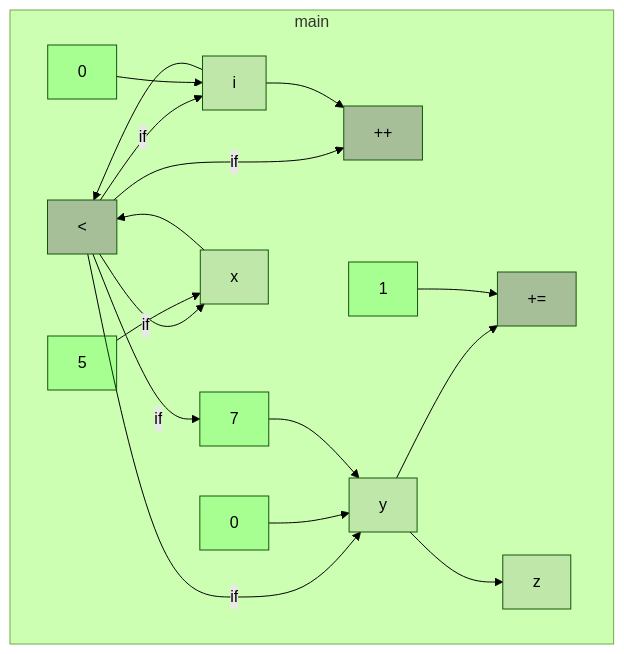
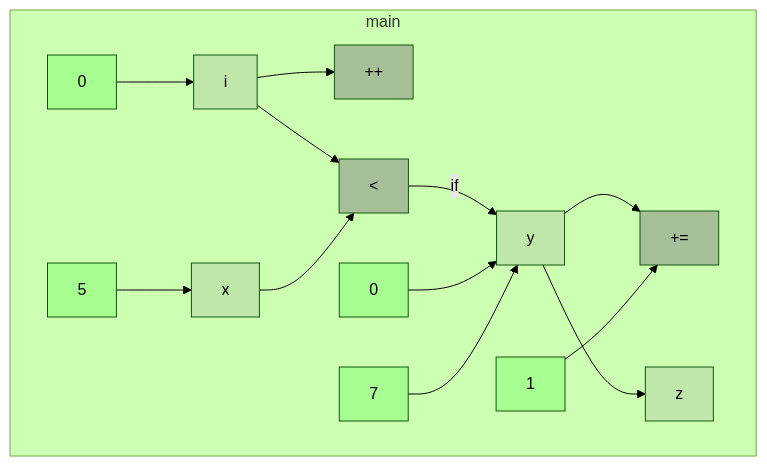
Before and after one commit to gstiebler/codeflow: the diagram in app/src/test/resources/forLoop/spike-truth.md, drawn with Mermaid (forest theme). The commit also changed 21 other files, not shown here.

````diff
--- a/app/src/test/resources/forLoop/spike-truth.md
+++ b/app/src/test/resources/forLoop/spike-truth.md
@@ -3,39 +3,35 @@
 ```mermaid
 flowchart TD
   subgraph m0["main"]
     n0["++"]:::BIN_OP
     n1["+="]:::BIN_OP
     n2["#lt;"]:::BIN_OP
     n3["0"]:::LITERAL
     n4["0"]:::LITERAL
     n5["1"]:::LITERAL
     n6["5"]:::LITERAL
     n7["7"]:::LITERAL
     n8["i"]:::VARIABLE
     n9["x"]:::VARIABLE
     n10["y"]:::VARIABLE
     n11["z"]:::VARIABLE
   end
   n10 --> n1
   n10 --> n11
-  n2 -->|if| n0
   n2 -->|if| n10
-  n2 -->|if| n7
-  n2 -->|if| n8
-  n2 -->|if| n9
   n3 --> n10
   n4 --> n8
   n5 --> n1
   n6 --> n9
   n7 --> n10
   n8 --> n0
   n8 --> n2
   n9 --> n2
   classDef LITERAL fill:#00FF0030
   classDef VARIABLE fill:#80808030
   classDef BIN_OP fill:#80808080
   classDef FUNC_PARAM fill:#8080FF30
   classDef RETURN fill:#FF808080
   classDef EXTERNAL fill:#FFA50040
   classDef UNMODELLED fill:#FF000030,stroke-dasharray: 4 2
 ```
````
